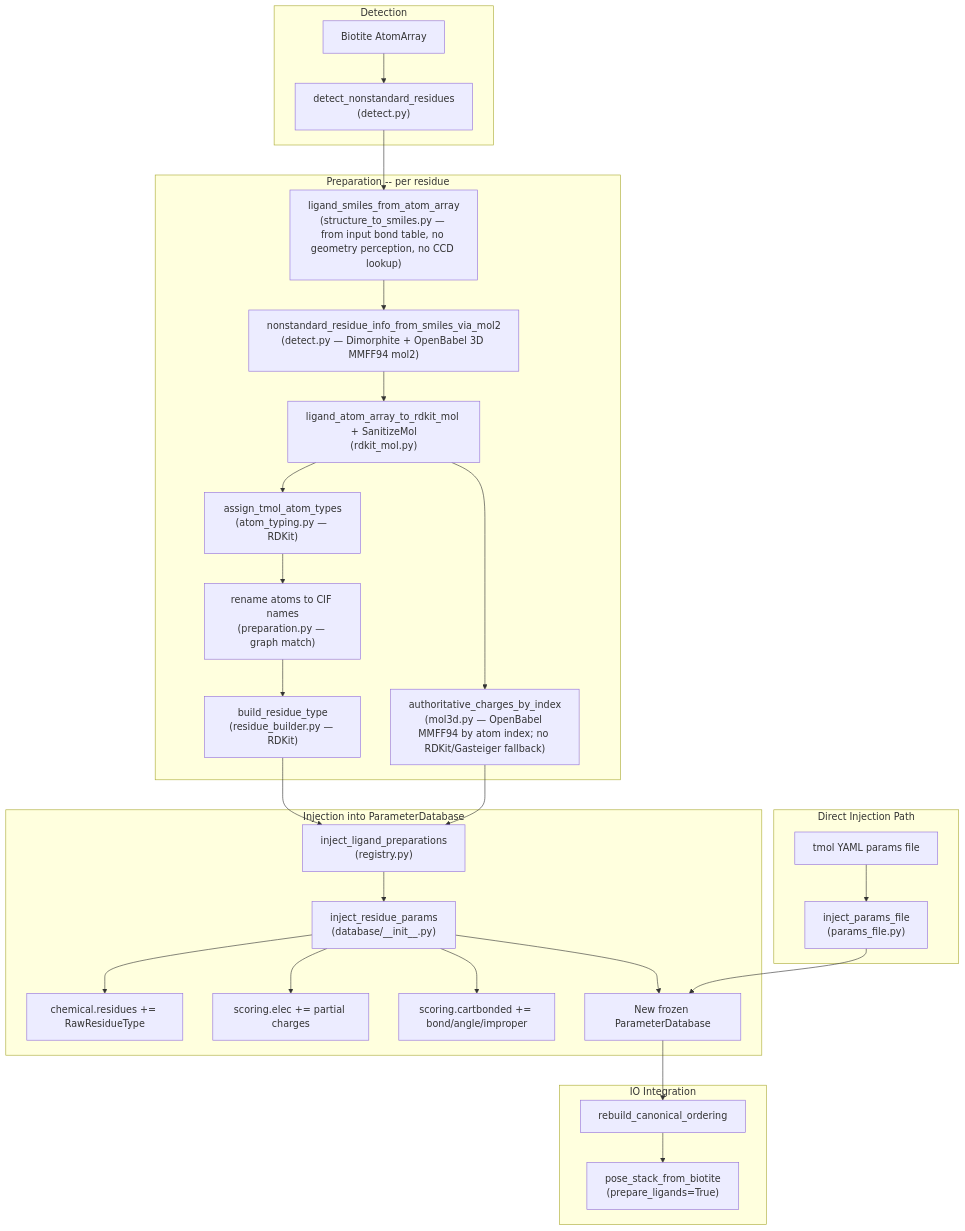
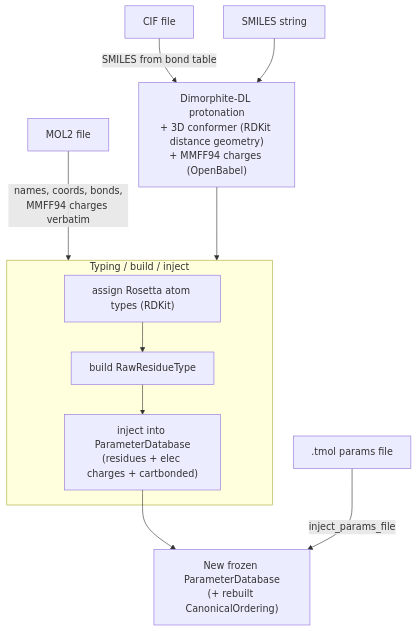
Before and after one commit to uw-ipd/tmol: the diagram in tmol/ligand/README.md, drawn with Mermaid. The commit also changed other lines of this file and 1 other file, not shown here.

Commit message:
Update ligand README

````diff
--- a/tmol/ligand/README.md
+++ b/tmol/ligand/README.md
@@ -22,38 +111,17 @@
 ```mermaid
 flowchart TD
-    subgraph detection [Detection]
-        A["Biotite AtomArray"] --> B["detect_nonstandard_residues\n(detect.py)"]
+    M2["MOL2 file"] -->|names, coords, bonds,\nMMFF94 charges verbatim| CORE
+    CIF["CIF file"] -->|SMILES from bond table| SM
+    SMI["SMILES string"] --> SM
+
+    SM["Dimorphite-DL protonation\n+ 3D conformer (RDKit distance geometry)\n+ MMFF94 charges (OpenBabel)"] --> CORE
+
+    subgraph CORE [Typing / build / inject]
+        T["assign Rosetta atom types (RDKit)"] --> B["build RawResidueType"]
+        B --> INJ["inject into ParameterDatabase\n(residues + elec charges + cartbonded)"]
     end
 
-    subgraph preparation [Preparation -- per residue]
-        B --> S["ligand_smiles_from_atom_array\n(structure_to_smiles.py — from input bond table, no geometry perception, no CCD lookup)"]
-        S --> D["nonstandard_residue_info_from_smiles_via_mol2\n(detect.py — Dimorphite + OpenBabel 3D MMFF94 mol2)"]
-        D --> E["ligand_atom_array_to_rdkit_mol + SanitizeMol\n(rdkit_mol.py)"]
+    INJ --> DB["New frozen ParameterDatabase\n(+ rebuilt CanonicalOrdering)"]
 
-        E --> F["authoritative_charges_by_index\n(mol3d.py — OpenBabel MMFF94 by atom index; no RDKit/Gasteiger fallback)"]
-        E --> H["assign_tmol_atom_types\n(atom_typing.py — RDKit)"]
-        H --> I["rename atoms to CIF names\n(preparation.py — graph match)"]
-        I --> J["build_residue_type\n(residue_builder.py — RDKit)"]
-    end
-
-    subgraph injection [Injection into ParameterDatabase]
-        J --> K["inject_ligand_preparations\n(registry.py)"]
-        F --> K
-
-        K --> L["inject_residue_params\n(database/__init__.py)"]
-        L --> L1["chemical.residues += RawResidueType"]
-        L --> L2["scoring.elec += partial charges"]
-        L --> L3["scoring.cartbonded += bond/angle/improper"]
-        L --> M["New frozen ParameterDatabase"]
-    end
-
-    subgraph io [IO Integration]
-        M --> N["rebuild_canonical_ordering"]
-        N --> O["pose_stack_from_biotite\n(prepare_ligands=True)"]
-    end
-
-    subgraph direct [Direct Injection Path]
-        P["tmol YAML params file"] --> Q["inject_params_file\n(params_file.py)"]
-        Q --> M
-    end
+    TMOL[".tmol params file"] -->|inject_params_file| DB
 ```
````
